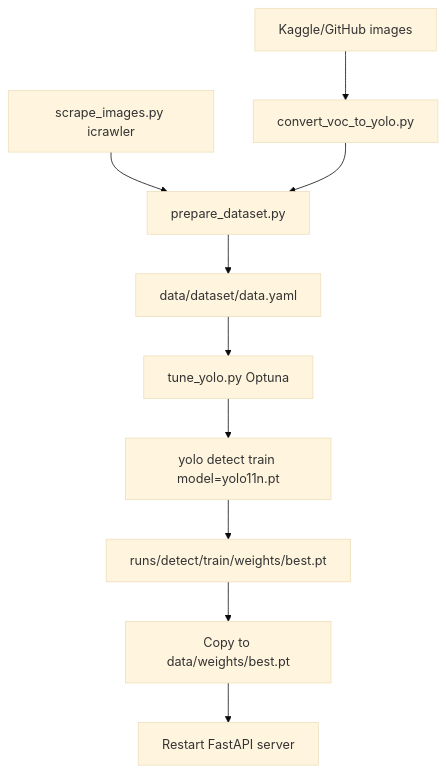
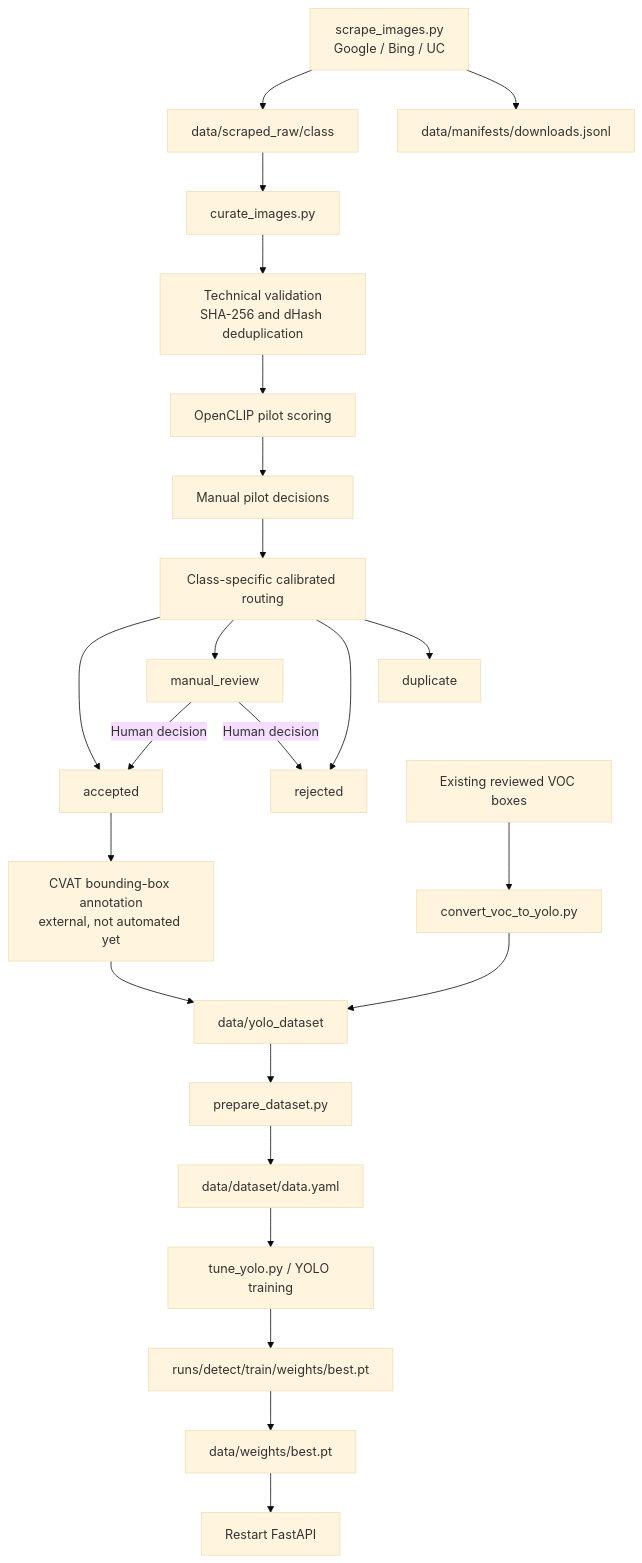
Before and after one commit to jiale2004/FoodSense-MY: the second of 2 diagrams in docs/architecture.md, drawn with Mermaid (base theme). The commit also changed other lines of this file and 1 other file, not shown here.

First line of the commit message:
docs: expand architecture and handoff for curation workflow

````diff
--- a/docs/architecture.md
+++ b/docs/architecture.md
@@ -89,12 +104,26 @@
 ```mermaid
 flowchart TD
-    A[Kaggle/GitHub images] --> B[convert_voc_to_yolo.py]
-    C[scrape_images.py icrawler] --> D[prepare_dataset.py]
-    B --> D
-    D --> E[data/dataset/data.yaml]
-    E --> F[tune_yolo.py Optuna]
-    F --> G["yolo detect train model=yolo11n.pt"]
-    G --> H[runs/detect/train/weights/best.pt]
-    H --> I[Copy to data/weights/best.pt]
-    I --> J[Restart FastAPI server]
+    A[scrape_images.py<br/>Google / Bing / UC] --> B[data/scraped_raw/class]
+    A --> C[data/manifests/downloads.jsonl]
+    B --> D[curate_images.py]
+    D --> E[Technical validation<br/>SHA-256 and dHash deduplication]
+    E --> F[OpenCLIP pilot scoring]
+    F --> G[Manual pilot decisions]
+    G --> H[Class-specific calibrated routing]
+    H --> I[accepted]
+    H --> J[manual_review]
+    H --> K[rejected]
+    H --> V[duplicate]
+    J -->|Human decision| I
+    J -->|Human decision| K
+    I --> L[CVAT bounding-box annotation<br/>external, not automated yet]
+    M[Existing reviewed VOC boxes] --> N[convert_voc_to_yolo.py]
+    L --> O[data/yolo_dataset]
+    N --> O
+    O --> P[prepare_dataset.py]
+    P --> Q[data/dataset/data.yaml]
+    Q --> R[tune_yolo.py / YOLO training]
+    R --> S[runs/detect/train/weights/best.pt]
+    S --> T[data/weights/best.pt]
+    T --> U[Restart FastAPI]
 ```
````
